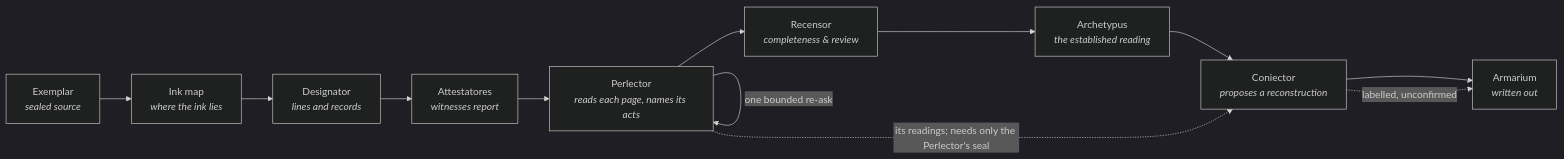
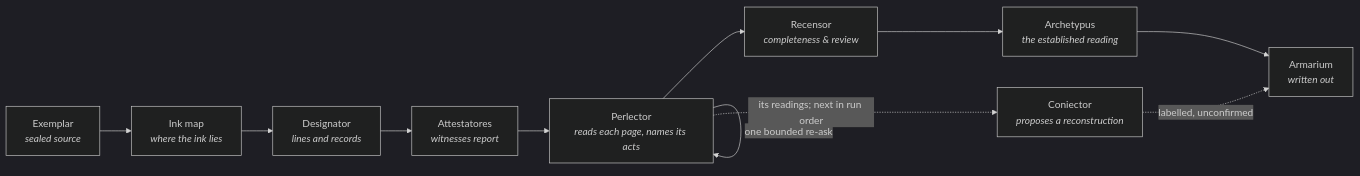
The first of 2 diagrams in ARCHITECTURE.md (MegaSlick/Apparatus-Verbatus-Alpha), drawn with Mermaid (dark theme) before and after one commit. The commit also changed other lines of this file and 13 other files, not shown here.

First line of the commit message:
Run Coniector immediately after Perlector for an off-pod CPU tail

````diff
--- a/ARCHITECTURE.md
+++ b/ARCHITECTURE.md
@@ -29,14 +29,13 @@
 ```mermaid
 flowchart LR
     A["Exemplar<br/><i>sealed source</i>"] --> I["Ink map<br/><i>where the ink lies</i>"]
     I --> B["Designator<br/><i>lines and records</i>"]
     B --> C["Attestatores<br/><i>witnesses report</i>"]
     C --> D["Perlector<br/><i>reads each page, names its acts</i>"]
     D -->|"one bounded re-ask"| D
     D --> E["Recensor<br/><i>completeness & review</i>"]
     E --> F["Archetypus<br/><i>the established reading</i>"]
-    F --> K["Coniector<br/><i>proposes a reconstruction</i>"]
-    K --> G["Armarium<br/><i>written out</i>"]
-    D -.->|"its readings; needs only the Perlector's seal"| K
+    F --> G["Armarium<br/><i>written out</i>"]
+    D -.->|"its readings; next in run order"| K["Coniector<br/><i>proposes a reconstruction</i>"]
     K -.->|"labelled, unconfirmed"| G
 ```
````
